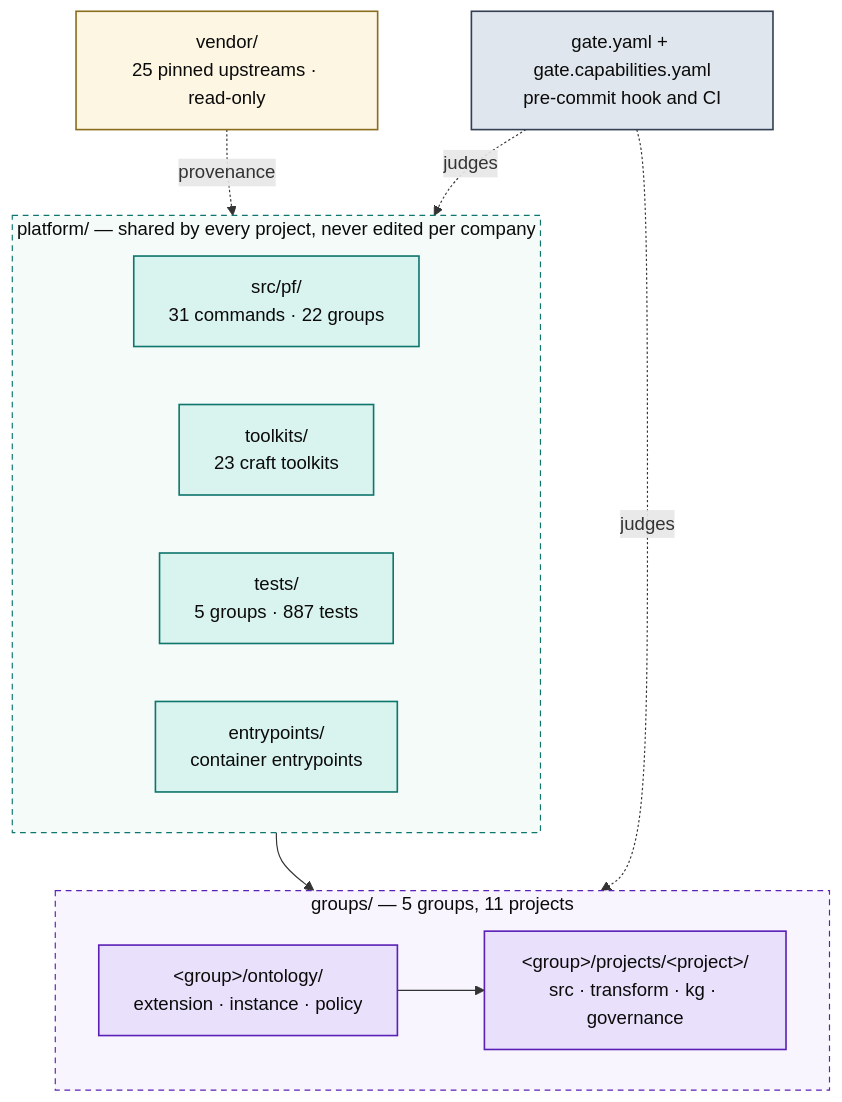
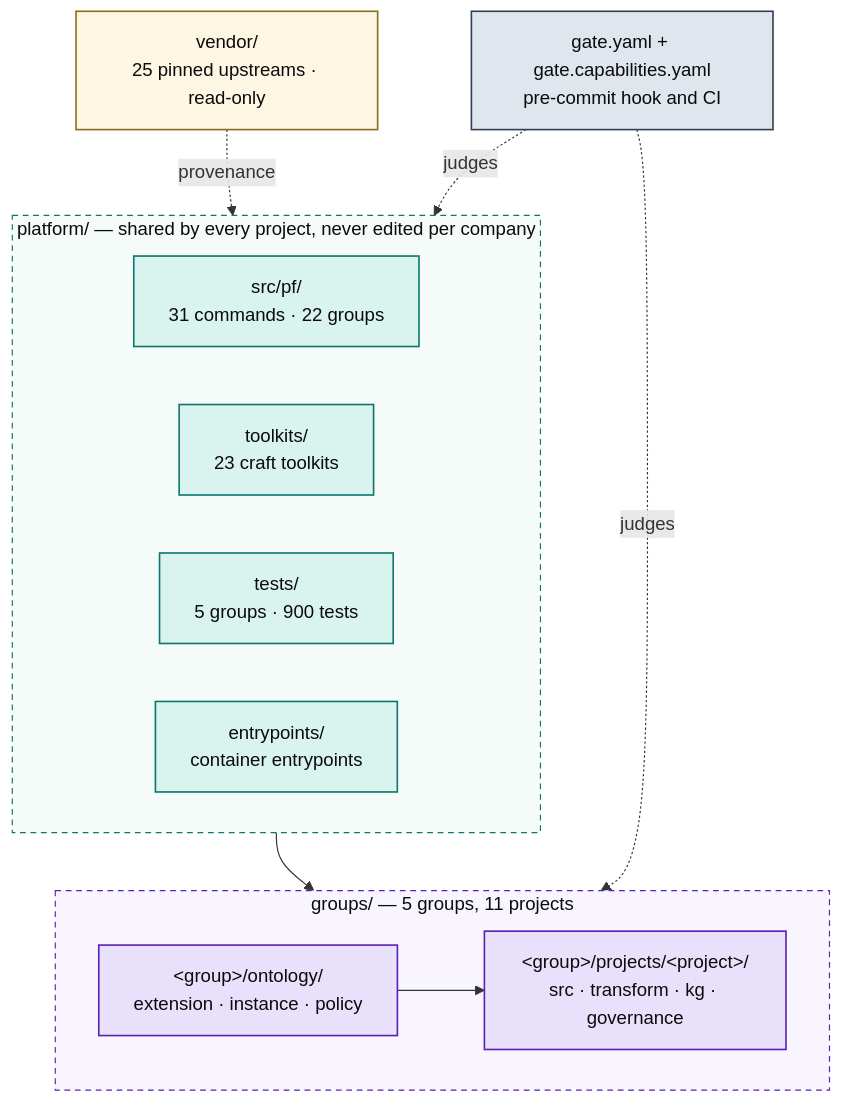
The first of 5 diagrams in docs/ARCHITECTURE.md (Atomz-org/data-platform), drawn with Mermaid before and after one commit. The commit also changed other lines of this file and 11 other files, not shown here.

````diff
--- a/docs/ARCHITECTURE.md
+++ b/docs/ARCHITECTURE.md
@@ -15,36 +15,36 @@
 ```mermaid
 flowchart TB
   subgraph SHARED["platform/ — shared by every project, never edited per company"]
     direction LR
     ENG["src/pf/<br/>31 commands · 22 groups"]
     TK["toolkits/<br/>23 craft toolkits"]
-    TST["tests/<br/>5 groups · 887 tests"]
+    TST["tests/<br/>5 groups · 900 tests"]
     ENT["entrypoints/<br/>container entrypoints"]
   end
 
   subgraph ENTITIES["groups/ — 5 groups, 11 projects"]
     direction LR
     GRP["&lt;group&gt;/ontology/<br/>extension · instance · policy"]
     PRJ["&lt;group&gt;/projects/&lt;project&gt;/<br/>src · transform · kg · governance"]
     GRP --> PRJ
   end
 
   VEN["vendor/<br/>25 pinned upstreams · read-only"]
   GATE["gate.yaml + gate.capabilities.yaml<br/>pre-commit hook and CI"]
 
   SHARED --> ENTITIES
   VEN -.provenance.-> SHARED
   GATE -.judges.-> ENTITIES
   GATE -.judges.-> SHARED
 
   classDef code fill:#d9f4ee,stroke:#0f766e,stroke-width:1.4px,color:#0b0b0b
   classDef data fill:#e9e1fb,stroke:#5b21b6,stroke-width:1.4px,color:#0b0b0b
   classDef gov fill:#e0e6ed,stroke:#334155,stroke-width:1.4px,color:#0b0b0b
   classDef ext fill:#fdf6e3,stroke:#8a6d1f,stroke-width:1.4px,color:#0b0b0b
   class ENG,TK,TST,ENT code
   class GRP,PRJ data
   class GATE gov
   class VEN ext
   style SHARED fill:#f4fbf9,stroke:#0f766e,stroke-dasharray:5 4,color:#0b0b0b
   style ENTITIES fill:#f8f5fe,stroke:#5b21b6,stroke-dasharray:5 4,color:#0b0b0b
 ```
````
